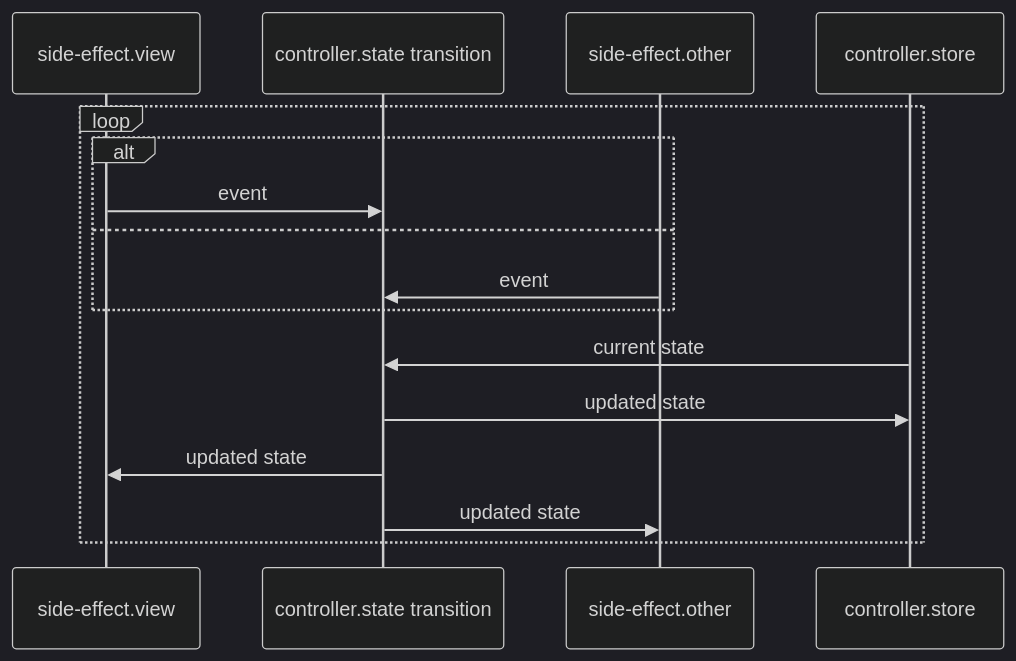
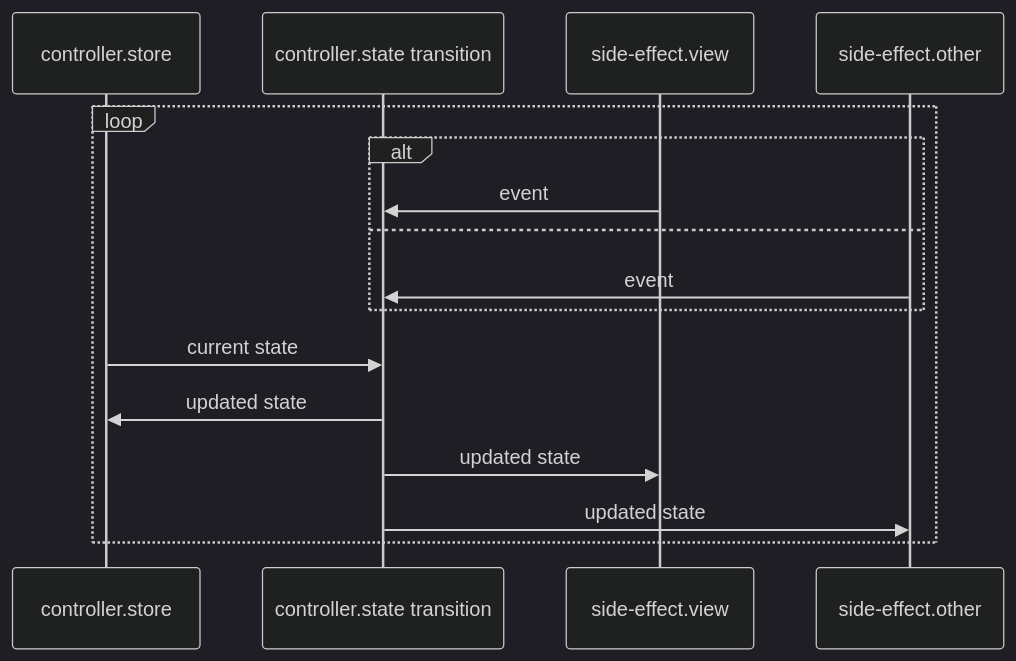
One commit to frankymacster/my-learnings changed the third of 3 diagrams in mvc.md. Above: the diagram before and after it, drawn with Mermaid (dark theme).

````diff
--- a/mvc.md
+++ b/mvc.md
@@ -30,14 +30,16 @@
 ```mermaid
 sequenceDiagram
+    participant controller.store
+    participant controller.state transition
     loop
         alt
             side-effect.view->>controller.state transition: event
         else
             side-effect.other->>controller.state transition: event
         end
         controller.store->>controller.state transition: current state
         controller.state transition->>controller.store: updated state
         controller.state transition->>side-effect.view: updated state
         controller.state transition->>side-effect.other: updated state
     end
 ```
````
